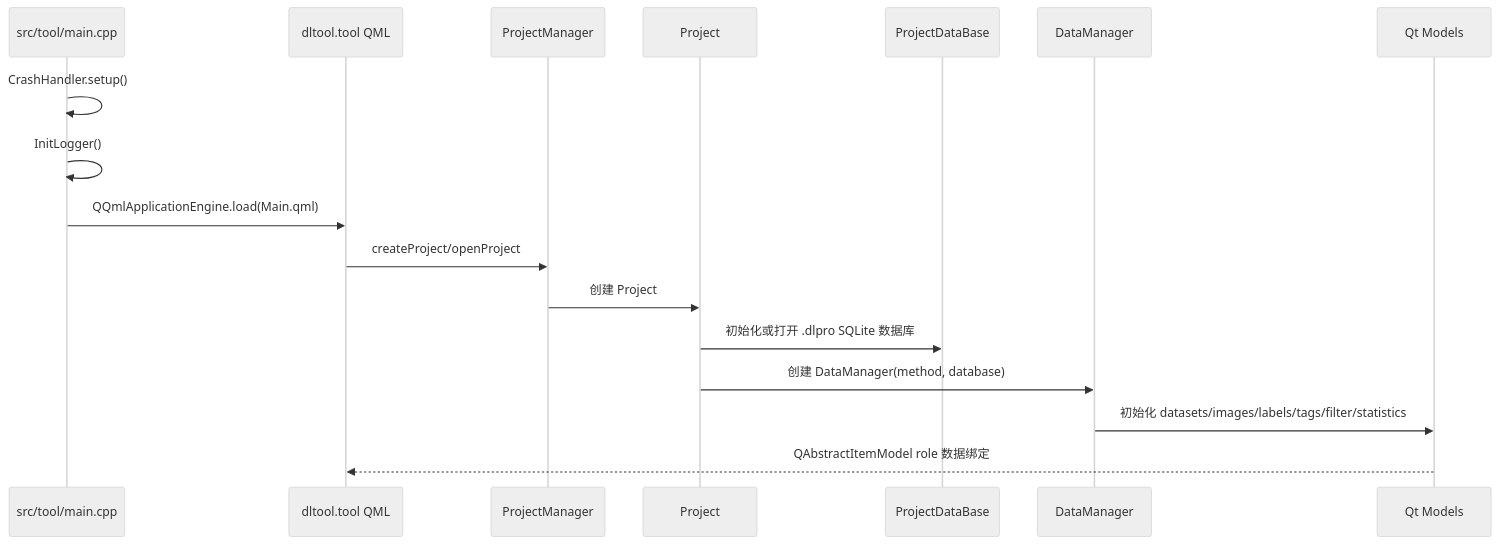
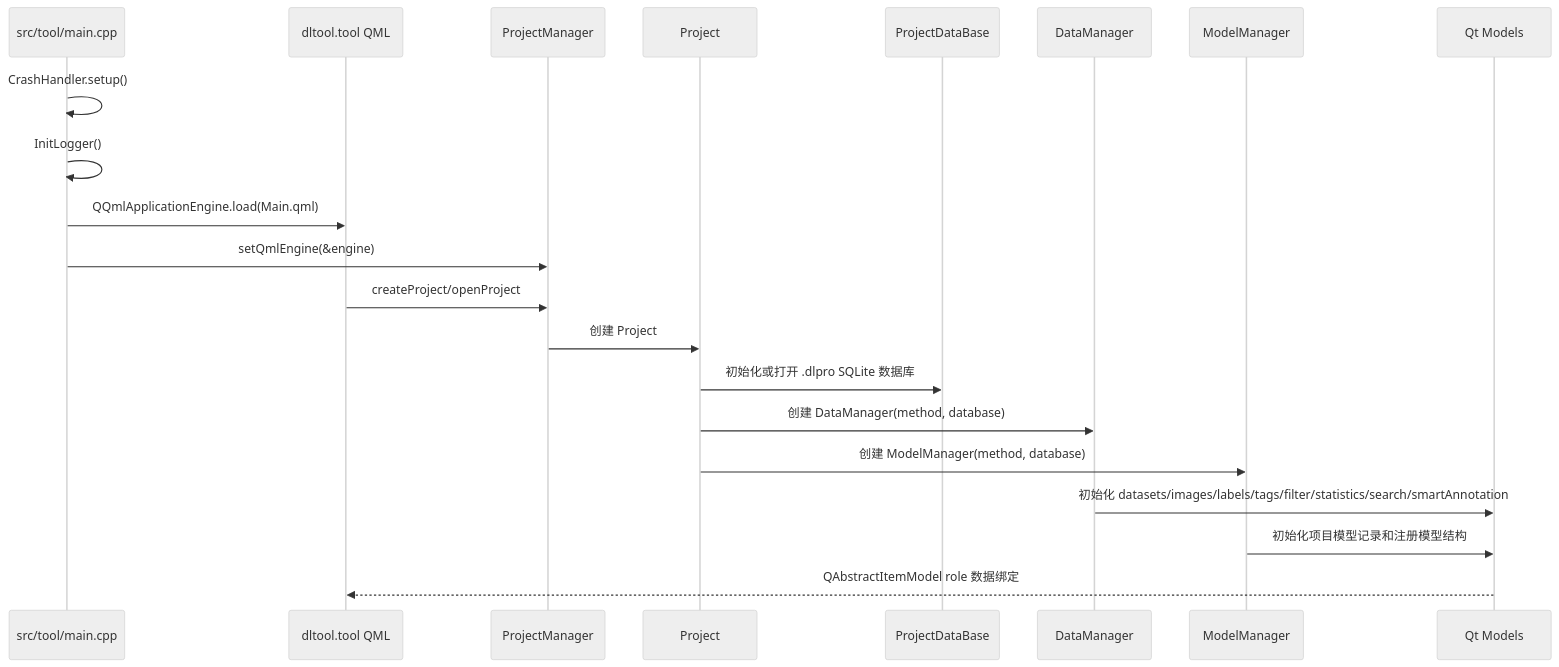
The second of 2 diagrams in docs/ARCHITECTURE.md (QWERDF007/DeepLearningTool), drawn with Mermaid (neutral theme) before and after one commit. The commit also changed other lines of this file and 13 other files, not shown here.

````diff
--- a/docs/ARCHITECTURE.md
+++ b/docs/ARCHITECTURE.md
@@ -83,20 +102,24 @@
 ```mermaid
 sequenceDiagram
   participant Main as src/tool/main.cpp
   participant QML as dltool.tool QML
   participant PM as ProjectManager
   participant P as Project
   participant DB as ProjectDataBase
   participant DM as DataManager
+  participant MM as ModelManager
   participant Models as Qt Models
 
   Main->>Main: CrashHandler.setup()
   Main->>Main: InitLogger()
   Main->>QML: QQmlApplicationEngine.load(Main.qml)
+  Main->>PM: setQmlEngine(&engine)
   QML->>PM: createProject/openProject
   PM->>P: 创建 Project
   P->>DB: 初始化或打开 .dlpro SQLite 数据库
   P->>DM: 创建 DataManager(method, database)
-  DM->>Models: 初始化 datasets/images/labels/tags/filter/statistics
+  P->>MM: 创建 ModelManager(method, database)
+  DM->>Models: 初始化 datasets/images/labels/tags/filter/statistics/search/smartAnnotation
+  MM->>Models: 初始化项目模型记录和注册模型结构
   Models-->>QML: QAbstractItemModel role 数据绑定
 ```
````
